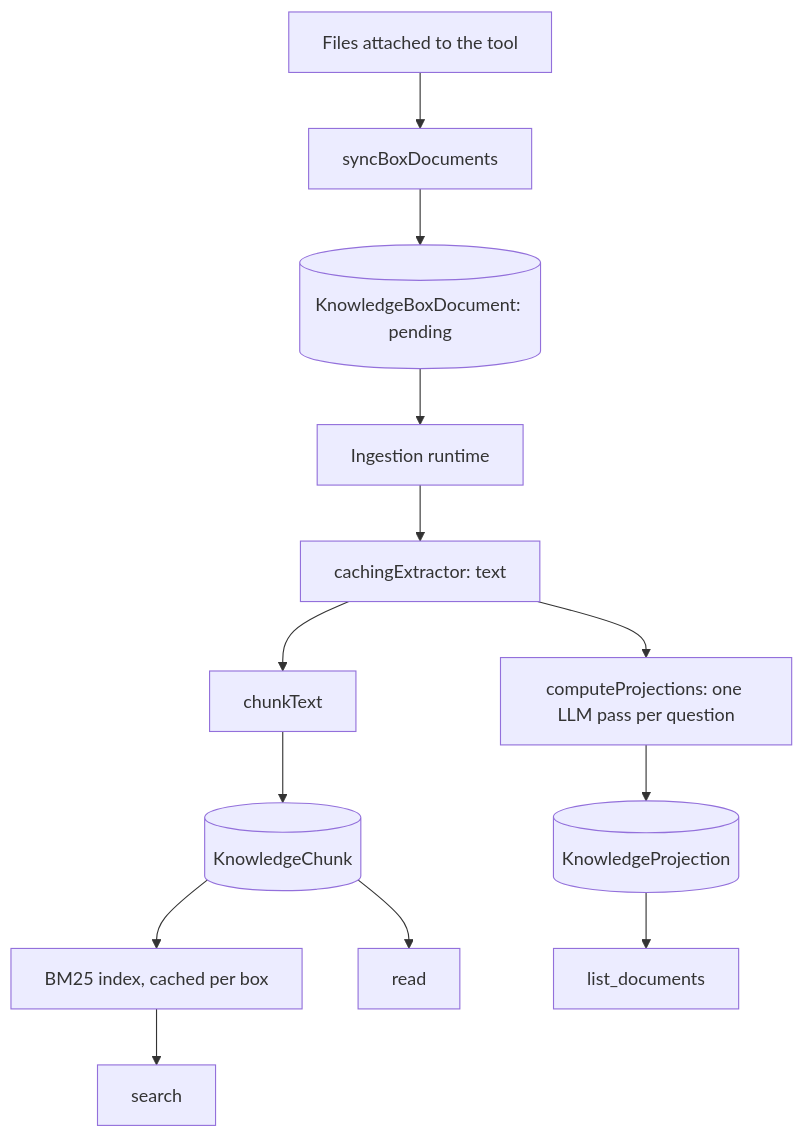
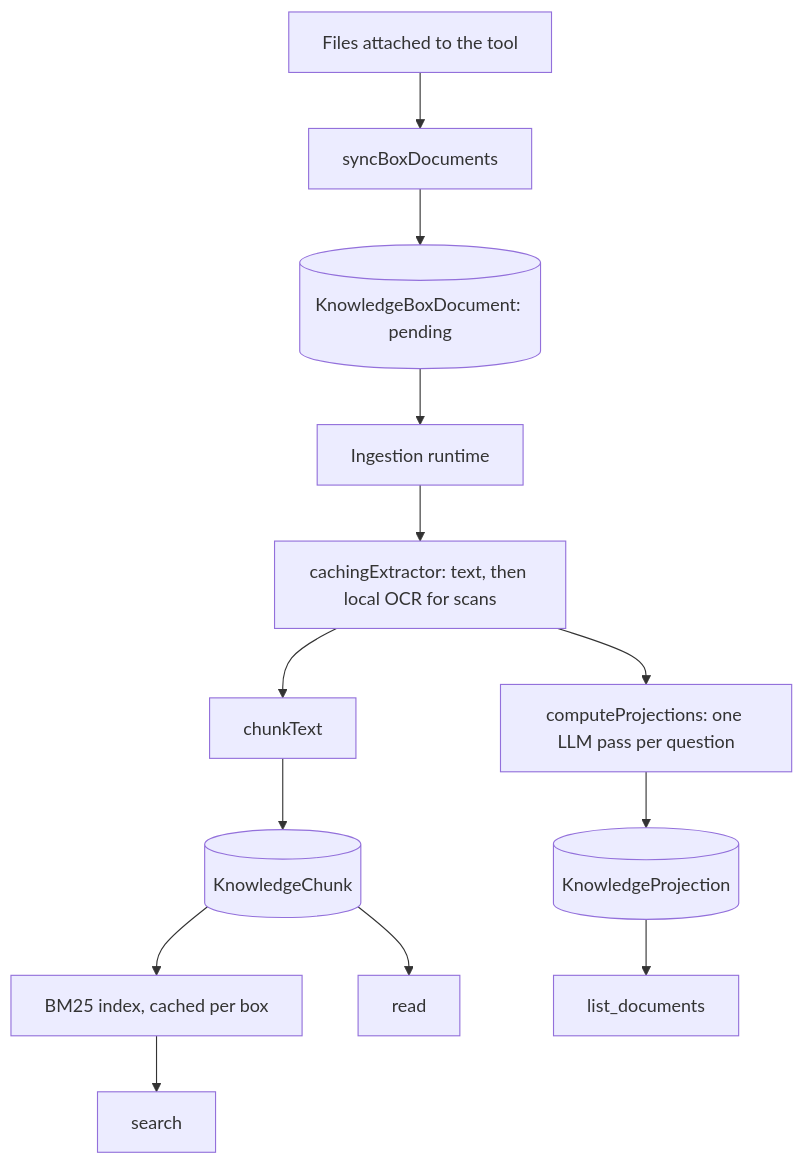
Before and after one commit to logicleai/logicle: the diagram in docs/knowledge-box.md, drawn with Mermaid. The commit also changed other lines of this file and 20 other files, not shown here.

````diff
--- a/docs/knowledge-box.md
+++ b/docs/knowledge-box.md
@@ -33,15 +33,15 @@
 ```mermaid
 flowchart TD
   A[Files attached to the tool] --> B[syncBoxDocuments]
   B --> C[(KnowledgeBoxDocument: pending)]
   C --> D[Ingestion runtime]
-  D --> E[cachingExtractor: text]
+  D --> E[cachingExtractor: text, then local OCR for scans]
   E --> F[chunkText]
   E --> G[computeProjections: one LLM pass per question]
   F --> H[(KnowledgeChunk)]
   G --> I[(KnowledgeProjection)]
   H --> J[BM25 index, cached per box]
   I --> K[list_documents]
   J --> L[search]
   H --> M[read]
 ```
````
